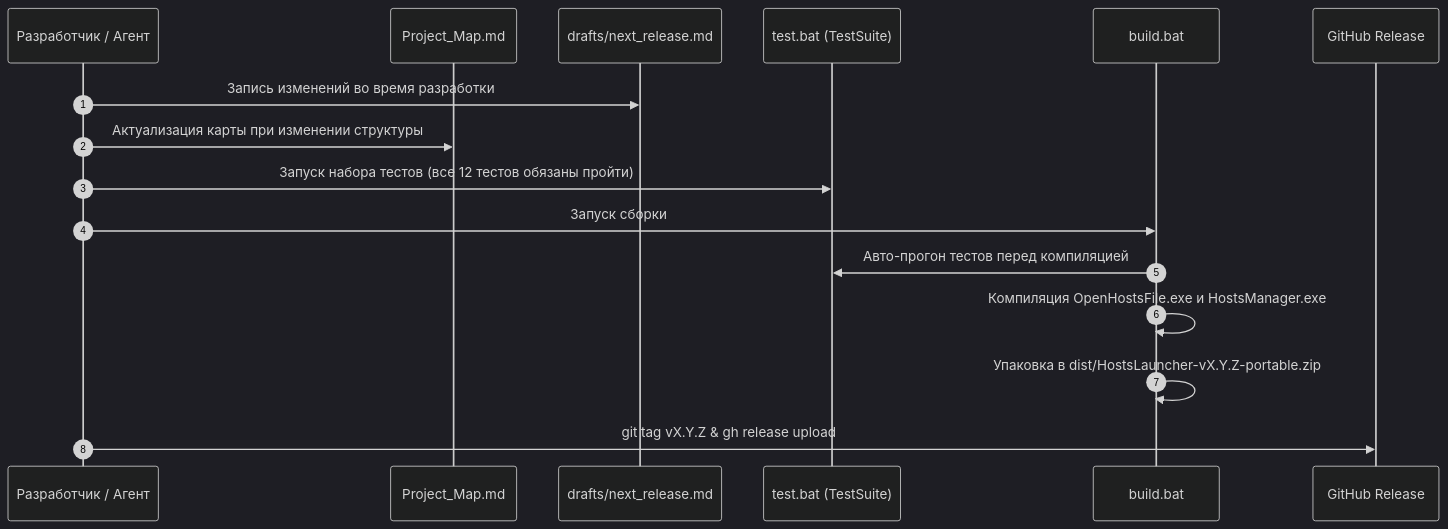
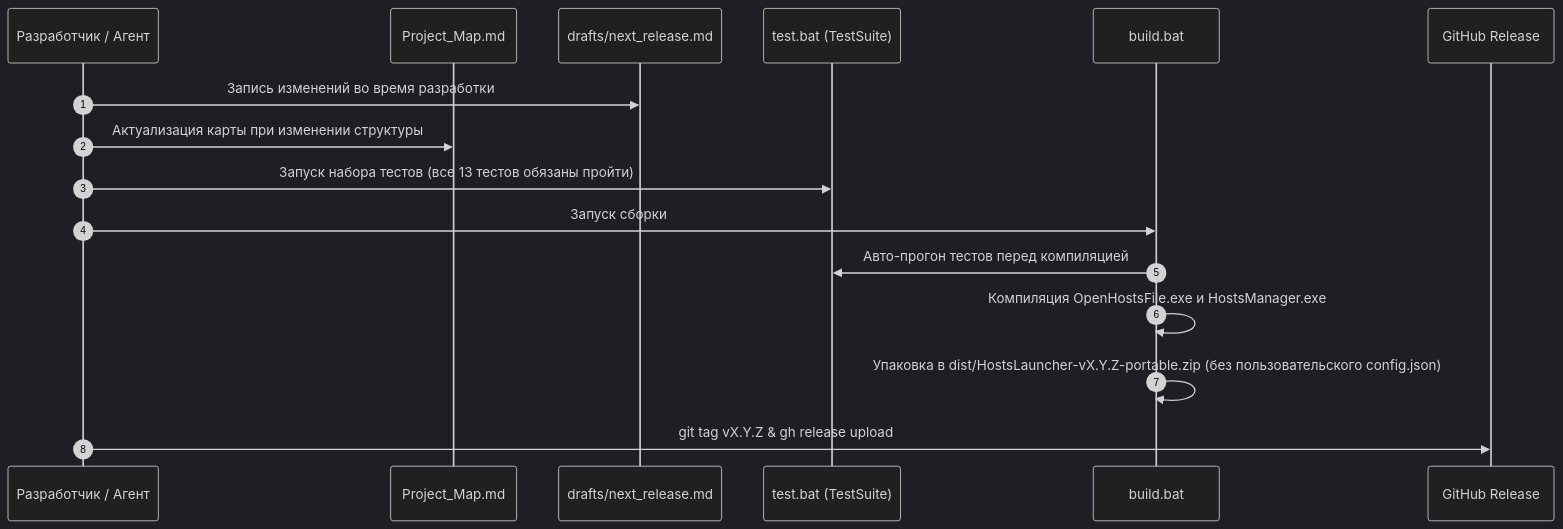
The second of 2 diagrams in Project_Map.md (MaximXR/hosts-file-manager), drawn with Mermaid (dark theme) before and after one commit. The commit also changed other lines of this file and 8 other files, not shown here.

Commit message:
release - v1.3.1: untrack user config.json, clean portable archive, sync docs

````diff
--- a/Project_Map.md
+++ b/Project_Map.md
@@ -152,19 +152,19 @@
 ```mermaid
 sequenceDiagram
     autonumber
     participant Dev as Разработчик / Агент
     participant Map as Project_Map.md
     participant Draft as drafts/next_release.md
     participant Test as test.bat (TestSuite)
     participant Build as build.bat
     participant Release as GitHub Release
 
     Dev->>Draft: Запись изменений во время разработки
     Dev->>Map: Актуализация карты при изменении структуры
-    Dev->>Test: Запуск набора тестов (все 12 тестов обязаны пройти)
+    Dev->>Test: Запуск набора тестов (все 13 тестов обязаны пройти)
     Dev->>Build: Запуск сборки
     Build->>Test: Авто-прогон тестов перед компиляцией
     Build->>Build: Компиляция OpenHostsFile.exe и HostsManager.exe
-    Build->>Build: Упаковка в dist/HostsLauncher-vX.Y.Z-portable.zip
+    Build->>Build: Упаковка в dist/HostsLauncher-vX.Y.Z-portable.zip (без пользовательского config.json)
     Dev->>Release: git tag vX.Y.Z & gh release upload
 ```
````
